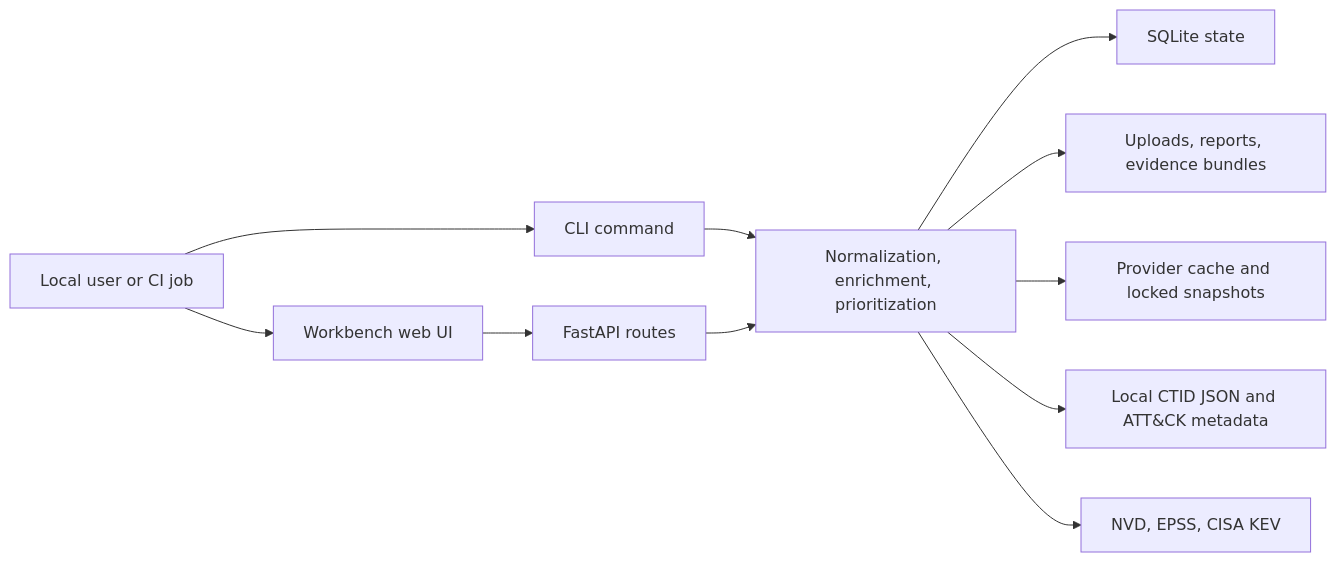
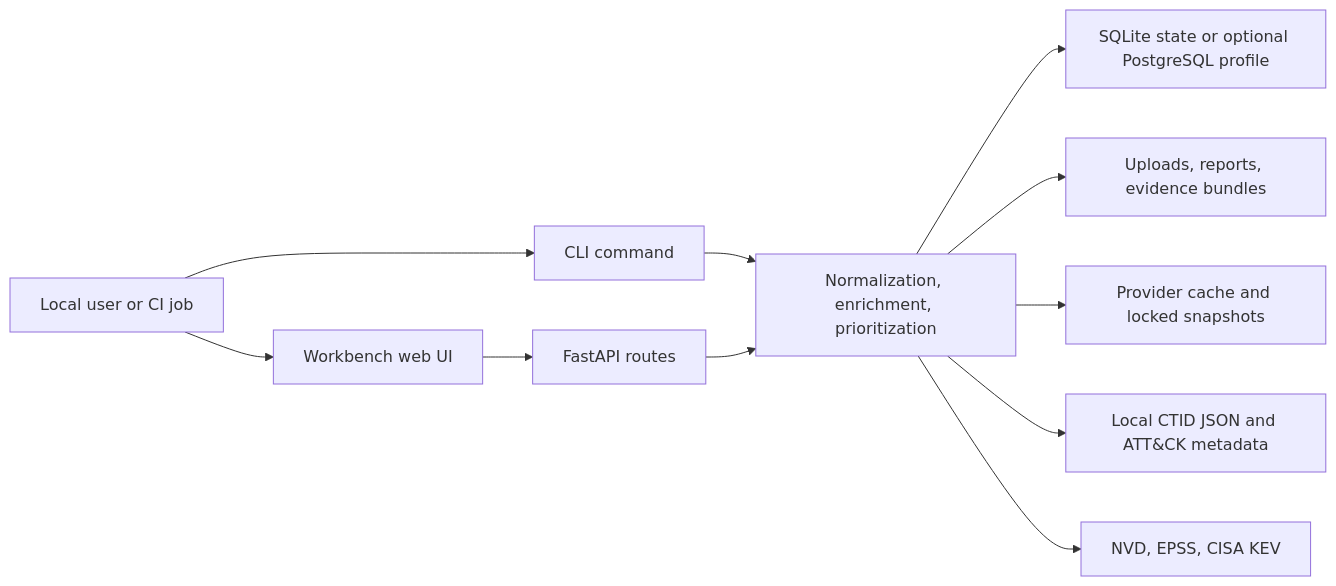
The diagram in docs/workbench-threat-model.md (Noetheon/vuln-prioritizer-workbench), drawn with Mermaid before and after one commit. The commit also changed other lines of this file and 47 other files, not shown here.

First line of the commit message:
Implement Workbench roadmap v0.8-v1.2

````diff
--- a/docs/workbench-threat-model.md
+++ b/docs/workbench-threat-model.md
@@ -43,13 +46,13 @@
 ```mermaid
 flowchart LR
   U["Local user or CI job"] --> CLI["CLI command"]
   U --> WEB["Workbench web UI"]
   WEB --> API["FastAPI routes"]
   CLI --> CORE["Normalization, enrichment, prioritization"]
   API --> CORE
-  CORE --> DB["SQLite state"]
+  CORE --> DB["SQLite state or optional PostgreSQL profile"]
   CORE --> FS["Uploads, reports, evidence bundles"]
   CORE --> CACHE["Provider cache and locked snapshots"]
   CORE --> ATK["Local CTID JSON and ATT&CK metadata"]
   CORE --> LIVE["NVD, EPSS, CISA KEV"]
 ```
````
